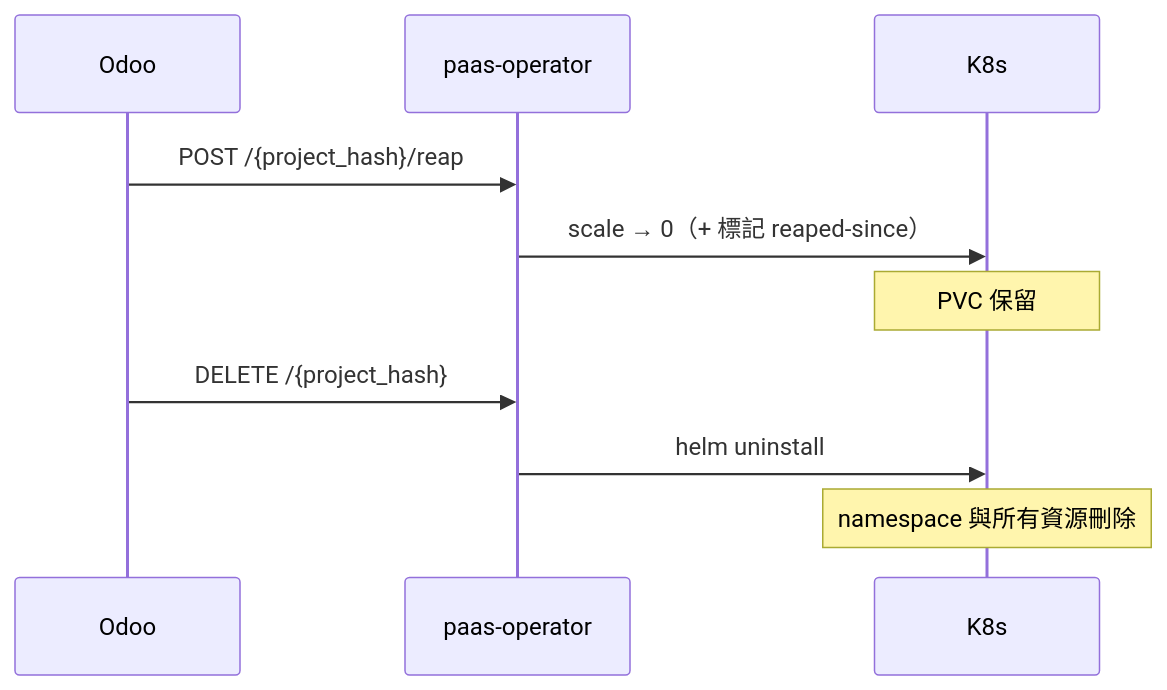
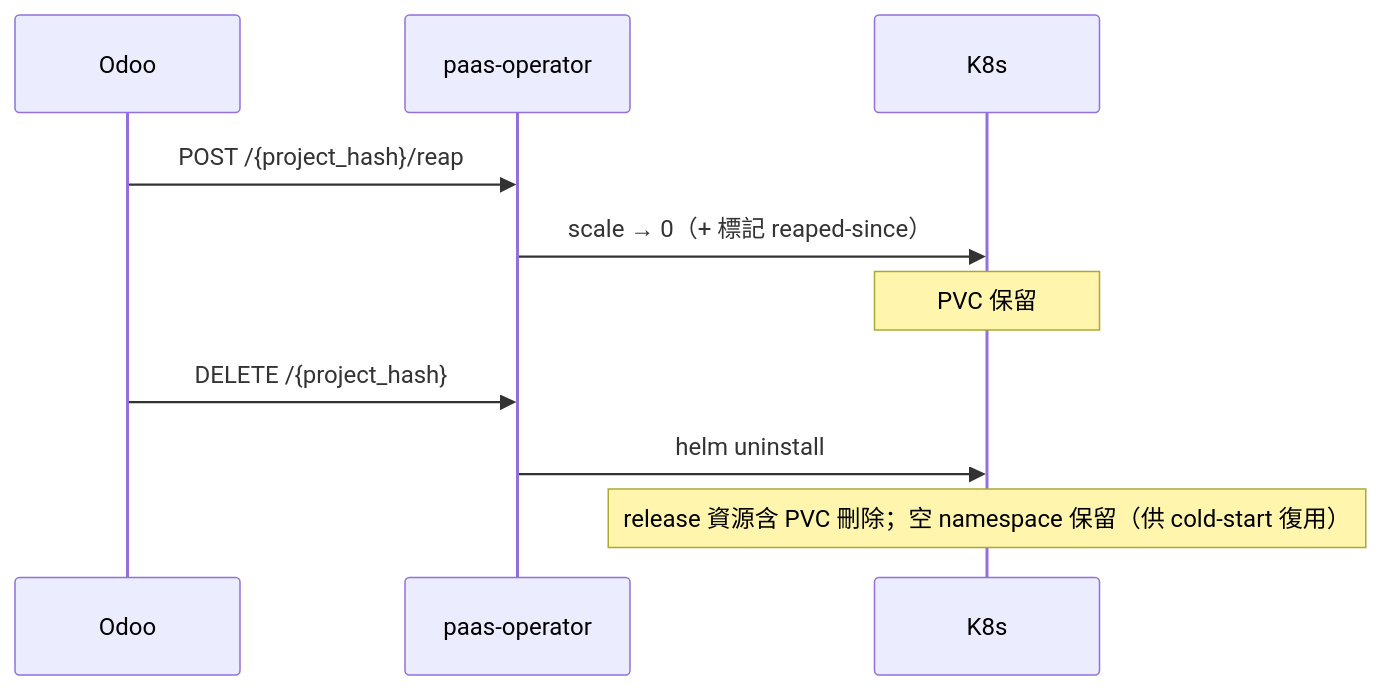
One commit to WOOWTECH/odoo-addon-woow-paas-platform changed the fourth of 5 diagrams in docs/guides/paas-skill-system/07-deployment.md. Above: the diagram before and after it, drawn with Mermaid. The commit also changed other lines of this file and 1 other file, not shown here.

Commit message:
docs: index agent-runtime image upgrade SOP and fix DELETE namespace note

````diff
--- a/docs/guides/paas-skill-system/07-deployment.md
+++ b/docs/guides/paas-skill-system/07-deployment.md
@@ -87,12 +87,12 @@
 ```mermaid
 sequenceDiagram
     participant Odoo
     participant Op as paas-operator
     participant K8s
     Odoo->>Op: POST /{project_hash}/reap
     Op->>K8s: scale → 0（+ 標記 reaped-since）
     Note over K8s: PVC 保留
     Odoo->>Op: DELETE /{project_hash}
     Op->>K8s: helm uninstall
-    Note over K8s: namespace 與所有資源刪除
+    Note over K8s: release 資源含 PVC 刪除；空 namespace 保留（供 cold-start 復用）
 ```
````
